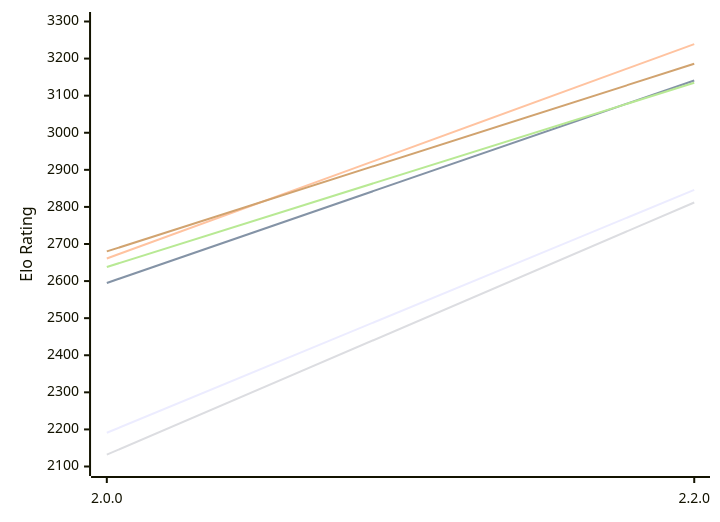
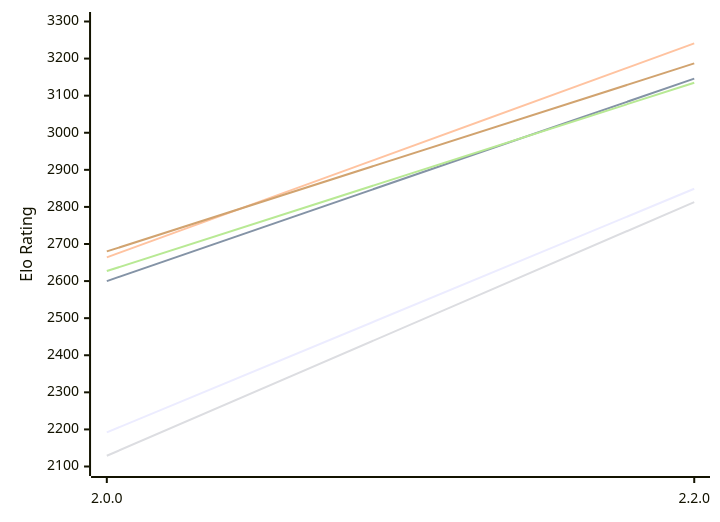
Before and after one commit to computer-chess-index/cci: the first of 2 diagrams in engines/SoloEngine.md, drawn with Mermaid. The commit also changed other lines of this file, not shown here.

Commit message:
Update CCI Ratings (ELO VLTC) - 2026-11-22

````diff
--- a/engines/SoloEngine.md
+++ b/engines/SoloEngine.md
@@ -55,12 +55,12 @@
 ```mermaid
 %%{init: {"theme":"base","themeVariables":{"seriesColors:['#a3a3a3','#222221','#faa371']}}}%%
 xychart-beta
   x-axis ["2.0.0", "2.2.0"]
   y-axis "Elo Rating" 2100 --> 3300
-  line "E1: STC (8.0+0.08s)" [2191, 2846]
-  line "E1: LTC (60.0+0.60s)" [2595, 3141]
-  line "E1: VLTC (2m24s+1.12s)" [2661, 3239]
-  line "P1: STC (8.0+0.08s)" [2132, 2812]
-  line "P1: LTC (60.0+0.60s)" [2638, 3135]
-  line "P1: VLTC (2m24s+1.12s)" [2680, 3186]
+  line "E1: STC (8.0+0.08s)" [2192, 2849]
+  line "E1: LTC (60.0+0.60s)" [2600, 3146]
+  line "E1: VLTC (2m24s+1.12s)" [2664, 3241]
+  line "P1: STC (8.0+0.08s)" [2129, 2813]
+  line "P1: LTC (60.0+0.60s)" [2627, 3135]
+  line "P1: VLTC (2m24s+1.12s)" [2680, 3187]
 ```
````
